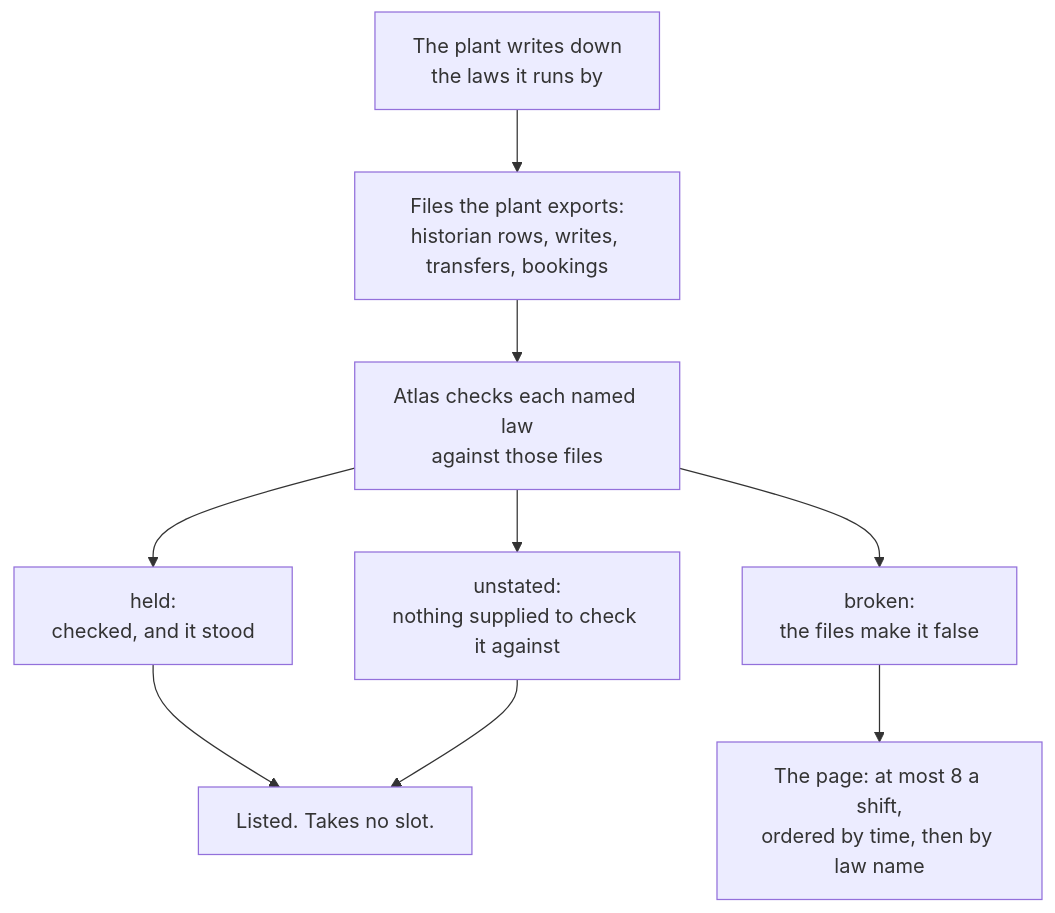
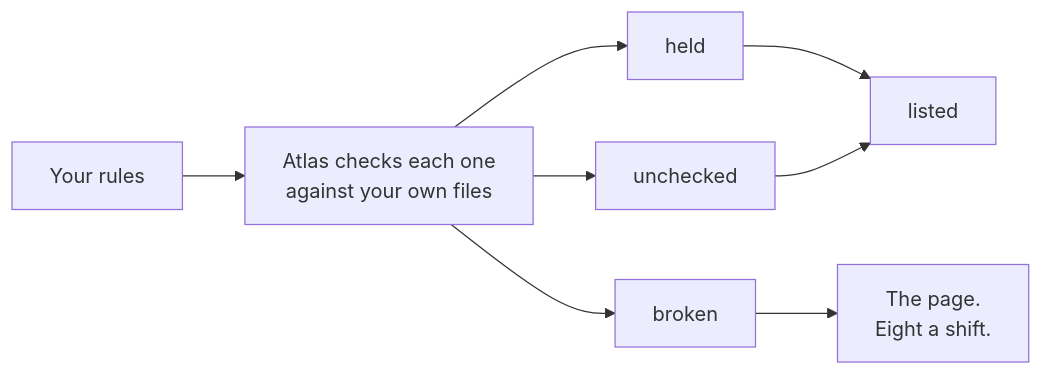
One commit to elijahagumba/phos changed the diagram in README.md. Above: the diagram before and after it, drawn with Mermaid. The commit also changed other lines of this file and 6 other files, not shown here.

````diff
--- a/README.md
+++ b/README.md
@@ -16,11 +94,7 @@
 ```mermaid
-flowchart TD
-    R["The plant writes down<br/>the laws it runs by"] --> F["Files the plant exports:<br/>historian rows, writes, transfers, bookings"]
-    F --> C["Atlas checks each named law<br/>against those files"]
-    C --> H["held:<br/>checked, and it stood"]
-    C --> U["unstated:<br/>nothing supplied to check it against"]
-    C --> B["broken:<br/>the files make it false"]
-    H --> L["Listed. Takes no slot."]
-    U --> L
-    B --> P["The page: at most 8 a shift,<br/>ordered by time, then by law name"]
+flowchart LR
+    R["Your rules"] --> C["Atlas checks each one<br/>against your own files"]
+    C --> H["held"] --> L["listed"]
+    C --> U["unchecked"] --> L
+    C --> B["broken"] --> P["The page.<br/>Eight a shift."]
 ```
````
